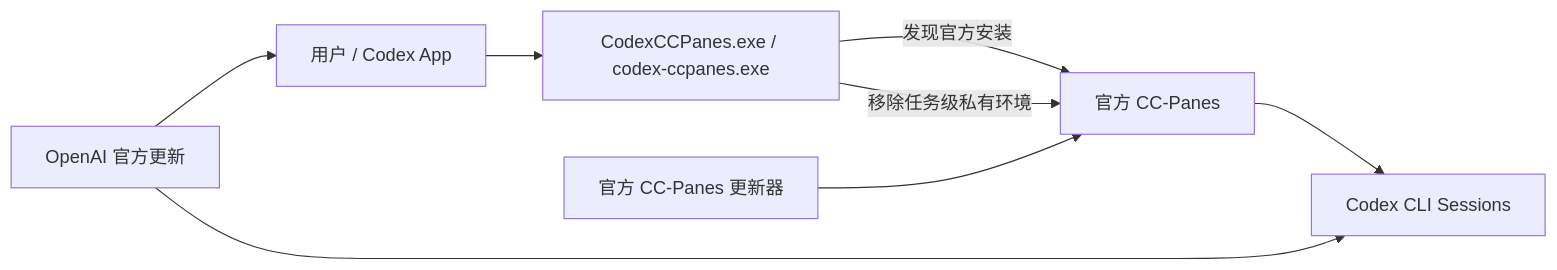
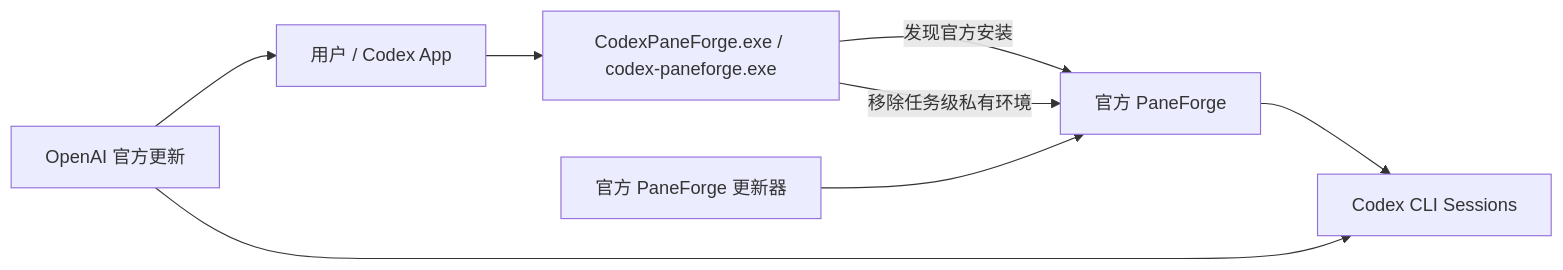
Before and after one commit to lihuabin1516-design/codex-desktop-companion-public: the first of 2 diagrams in docs/ARCHITECTURE.md, drawn with Mermaid. The commit also changed other lines of this file and 89 other files, not shown here.

````diff
--- a/docs/ARCHITECTURE.md
+++ b/docs/ARCHITECTURE.md
@@ -7,10 +7,10 @@
 ```mermaid
 flowchart LR
-    U["用户 / Codex App"] --> L["CodexCCPanes.exe / codex-ccpanes.exe"]
-    L -->|"发现官方安装"| P["官方 CC-Panes"]
+    U["用户 / Codex App"] --> L["CodexPaneForge.exe / codex-paneforge.exe"]
+    L -->|"发现官方安装"| P["官方 PaneForge"]
     L -->|"移除任务级私有环境"| P
     P --> X["Codex CLI Sessions"]
-    A["官方 CC-Panes 更新器"] --> P
+    A["官方 PaneForge 更新器"] --> P
     O["OpenAI 官方更新"] --> U
     O --> X
 ```
````
